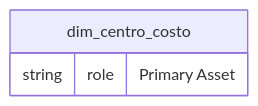
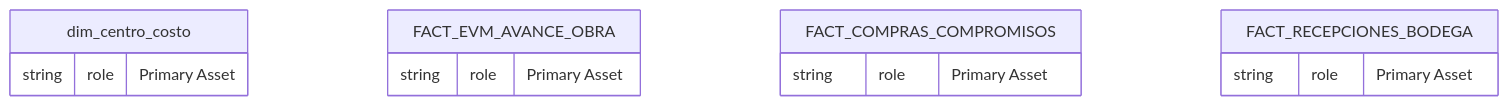
The first of 2 diagrams in artifacts/SemanticFlow/outputs/leadership_cockpit/santolaya/lenses/finops_specialist_lens.md (AlvaroAlejandroFinOps/SemanticFlow), drawn with Mermaid before and after one commit. The commit also changed other lines of this file and 115 other files, not shown here.

````diff
--- a/artifacts/SemanticFlow/outputs/leadership_cockpit/santolaya/lenses/finops_specialist_lens.md
+++ b/artifacts/SemanticFlow/outputs/leadership_cockpit/santolaya/lenses/finops_specialist_lens.md
@@ -25,6 +29,15 @@
 ```mermaid
 erDiagram
     dim_centro_costo {
         string role "Primary Asset"
     }
+    FACT_EVM_AVANCE_OBRA {
+        string role "Primary Asset"
+    }
+    FACT_COMPRAS_COMPROMISOS {
+        string role "Primary Asset"
+    }
+    FACT_RECEPCIONES_BODEGA {
+        string role "Primary Asset"
+    }
 ```
````
